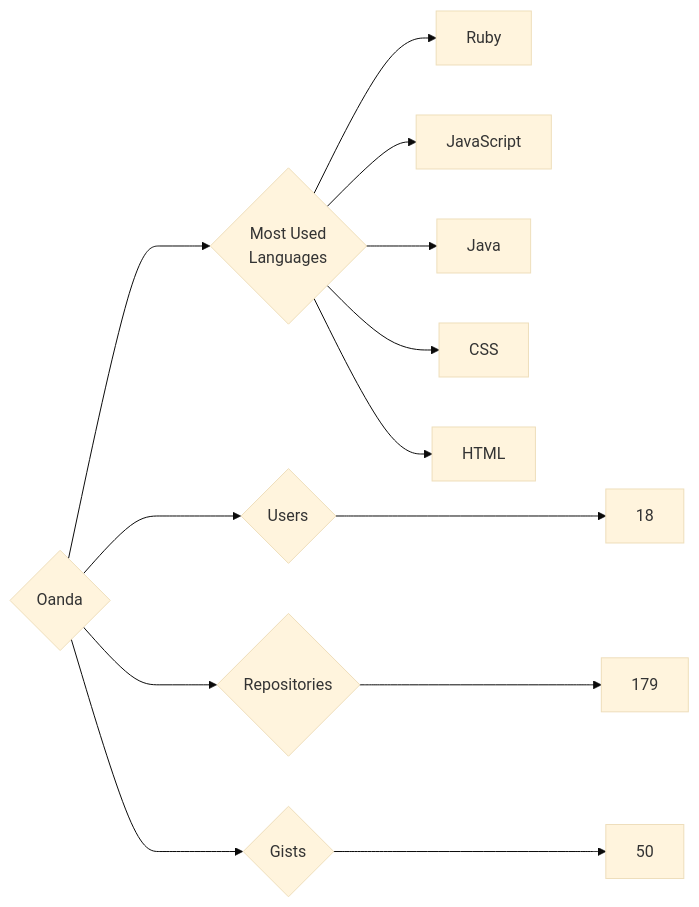
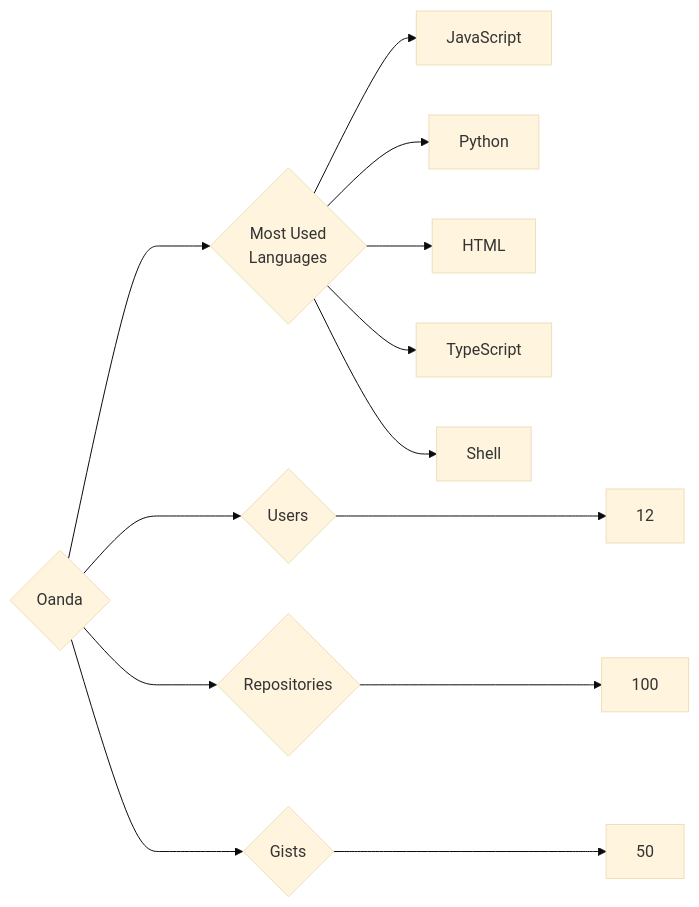
One commit to trickest/insiders changed the diagram in targets/Oanda/README.md. Above: the diagram before and after it, drawn with Mermaid (base theme). The commit also changed 823 other files, not shown here.

````diff
--- a/targets/Oanda/README.md
+++ b/targets/Oanda/README.md
@@ -3,13 +3,13 @@
 ```mermaid
 graph LR
 COMPANY_NAME{Oanda}
-COMPANY_NAME ---> U{Users} ---> UN[18]
-COMPANY_NAME ---> R{Repositories} ---> RN[179]
+COMPANY_NAME ---> U{Users} ---> UN[12]
+COMPANY_NAME ---> R{Repositories} ---> RN[100]
 COMPANY_NAME ---> G{Gists} ---> GN[50]
 COMPANY_NAME ---> ML{Most Used<br>Languages}
-ML --> Ruby[Ruby]
 ML --> JavaScript[JavaScript]
-ML --> Java[Java]
-ML --> CSS[CSS]
+ML --> Python[Python]
 ML --> HTML[HTML]
+ML --> TypeScript[TypeScript]
+ML --> Shell[Shell]
 ```
````
